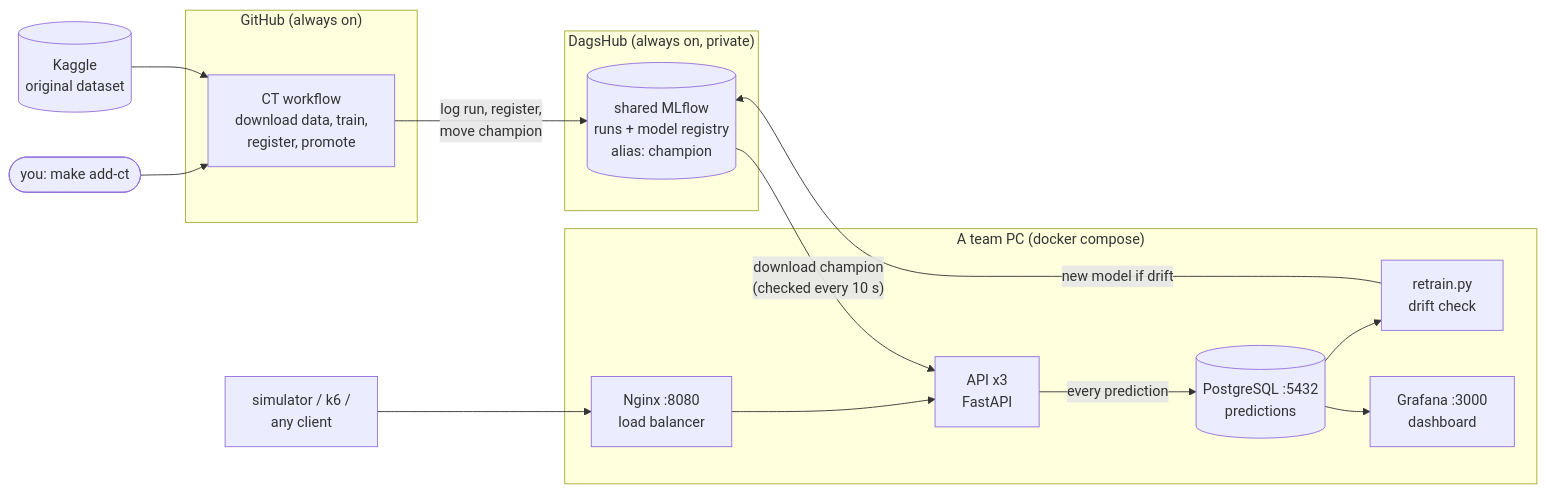
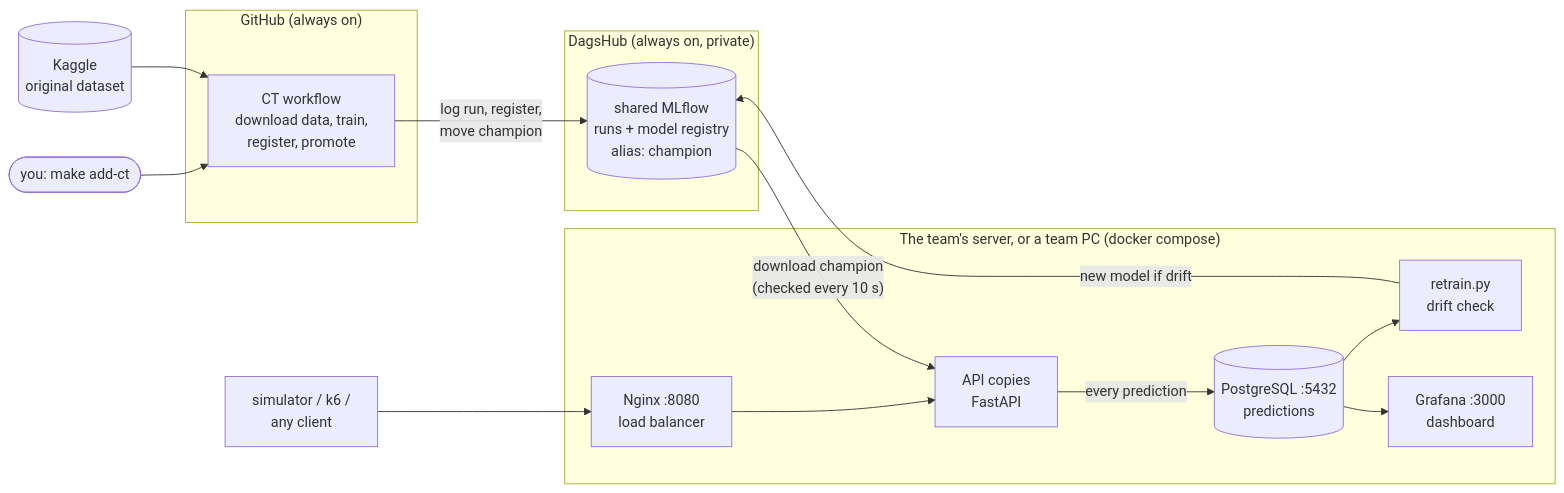
The first of 3 diagrams in docs/architecture.md (deensza/skysat-mlops), drawn with Mermaid before and after one commit. The commit also changed other lines of this file and 6 other files, not shown here.

Commit message:
Serving moves to a small Azure server: runbook with measurements, 1 API copy on 1 GB, deploy job targets the server, docs and slides updated

````diff
--- a/docs/architecture.md
+++ b/docs/architecture.md
@@ -16,29 +17,29 @@
 ```mermaid
 flowchart LR
     subgraph GH["GitHub (always on)"]
         ct["CT workflow<br/>download data, train,<br/>register, promote"]
     end
     subgraph DH["DagsHub (always on, private)"]
         mlflow[("shared MLflow<br/>runs + model registry<br/>alias: champion")]
     end
-    subgraph PC["A team PC (docker compose)"]
-        api["API x3<br/>FastAPI"]
+    subgraph PC["The team's server, or a team PC (docker compose)"]
+        api["API copies<br/>FastAPI"]
         nginx["Nginx :8080<br/>load balancer"]
         pg[("PostgreSQL :5432<br/>predictions")]
         grafana["Grafana :3000<br/>dashboard"]
         retrain["retrain.py<br/>drift check"]
     end
     kaggle[("Kaggle<br/>original dataset")]
     you(["you: make add-ct"])
     users["simulator / k6 /<br/>any client"]
 
     you --> ct
     kaggle --> ct
     ct -- "log run, register,<br/>move champion" --> mlflow
     mlflow -- "download champion<br/>(checked every 10 s)" --> api
     users --> nginx --> api
     api -- "every prediction" --> pg
     pg --> grafana
     pg --> retrain
     retrain -- "new model if drift" --> mlflow
 ```
````
